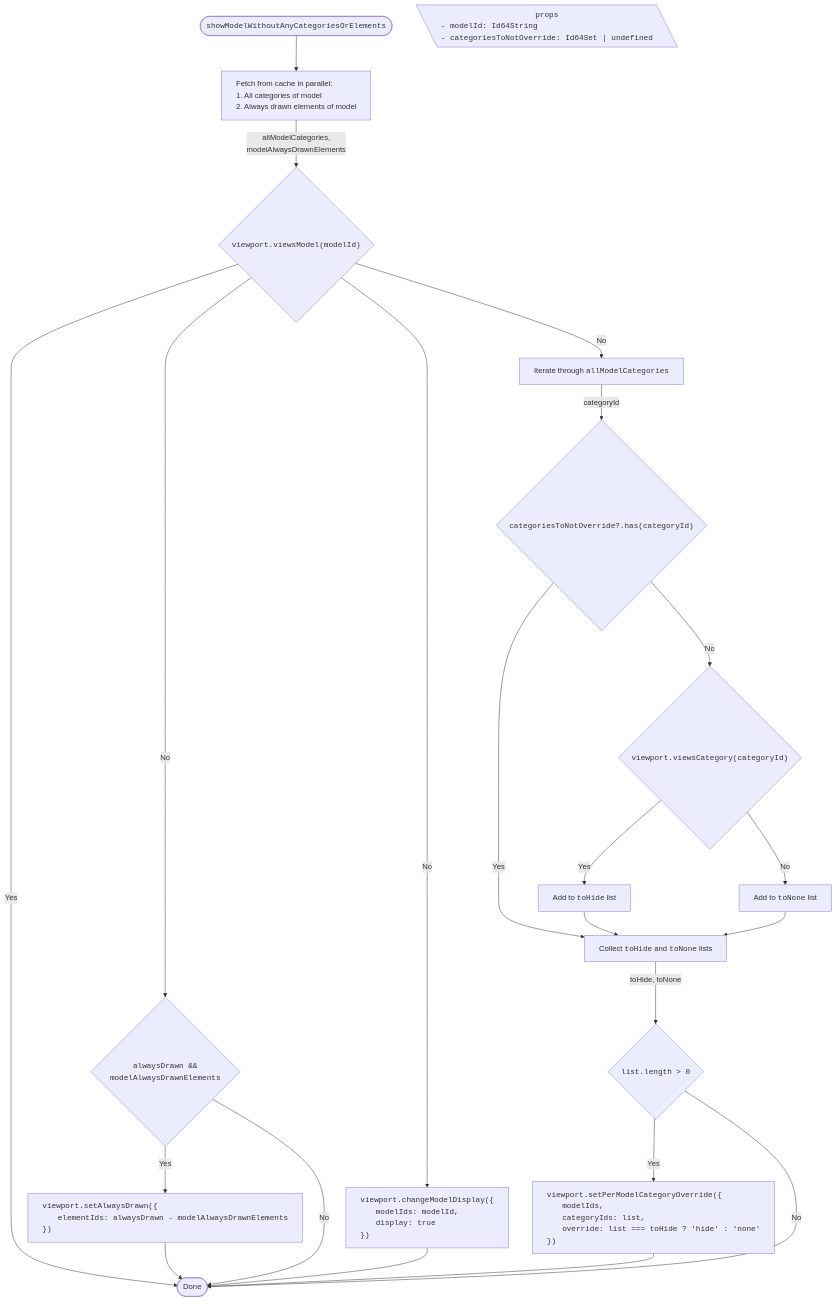
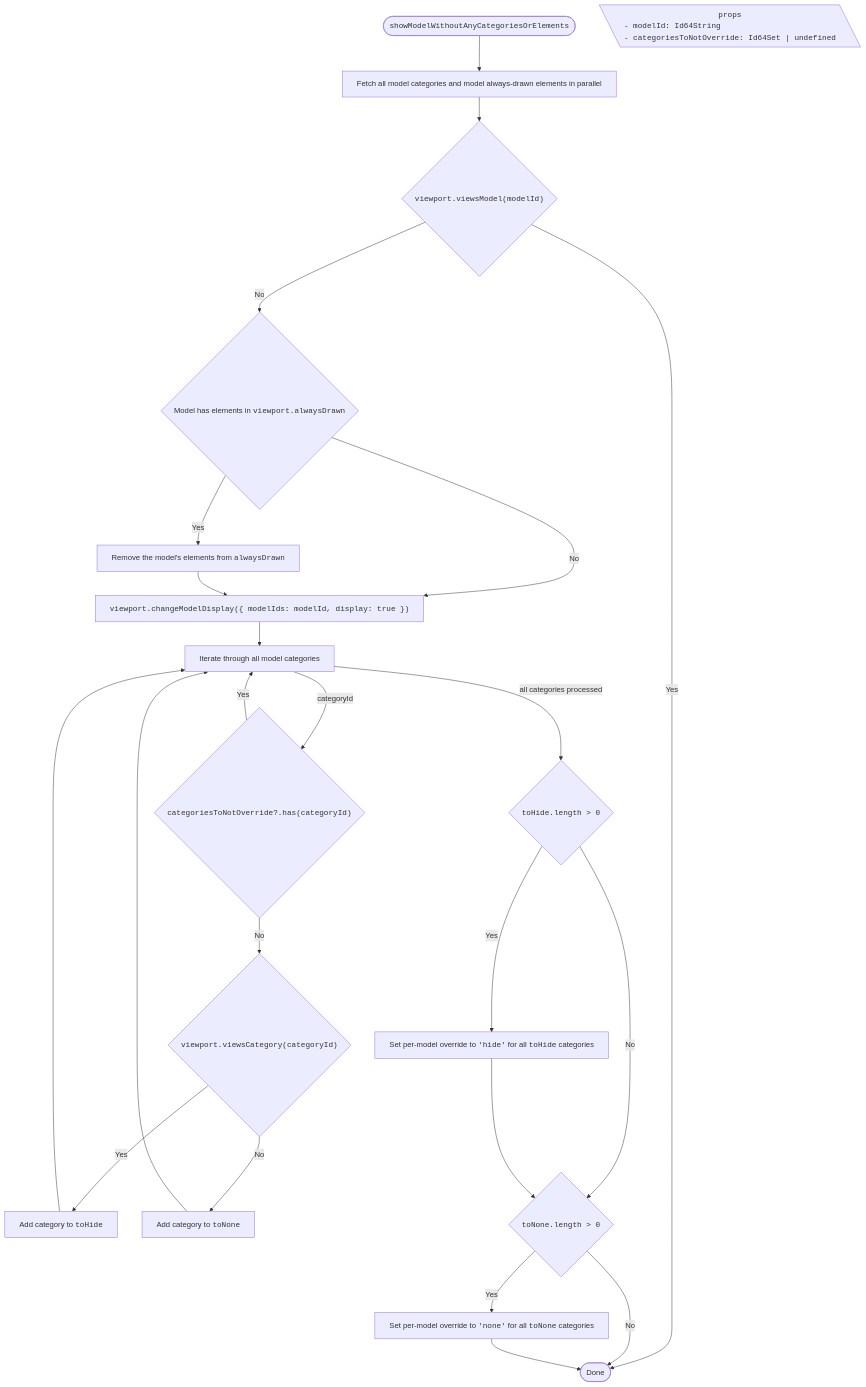
Before and after one commit to iTwin/viewer-components-react: diagram 15 of 17 in packages/itwin/tree-widget/docs/SharedVisibilityHandling.md, drawn with Mermaid. The commit also changed other lines of this file and 4 other files, not shown here.

Commit message:
[Tree widget]: update mermaid diagrams on `next`

````diff
--- a/packages/itwin/tree-widget/docs/SharedVisibilityHandling.md
+++ b/packages/itwin/tree-widget/docs/SharedVisibilityHandling.md
@@ -769,60 +676,41 @@
 ```mermaid
 ---
 config:
   flowchart:
     wrappingWidth: 750
     useMaxWidth: false
 ---
 
 flowchart TD
   RESULT_Done([Done])
 
   %% Start
-  TITLE(["<span style='font-family: monospace; '>showModelWithoutAnyCategoriesOrElements</span>"]) --> A["<div style='text-align: left;'>Fetch from cache in parallel:
-  1. All categories of model
-  2. Always drawn elements of model</div>"]
+  TITLE(["<span style='font-family: monospace;'>showModelWithoutAnyCategoriesOrElements</span>"]) --> A["Fetch all model categories and model always-drawn elements in parallel"]
 
   PROPS[\"
     <span style='font-family: monospace;'>props</span>
-    <span style='display: block; text-align: left; font-family: monospace;'>- modelId: Id64String<br/> - categoriesToNotOverride: Id64Set | undefined</span>
+    <span style='display: block; text-align: left; font-family: monospace;'>- modelId: Id64String<br/>- categoriesToNotOverride: Id64Set | undefined</span>
   "\]
 
-  A -- "allModelCategories,<br/>modelAlwaysDrawnElements" --> B{"<span style='font-family: monospace;'>viewport.viewsModel(modelId)</span>"}
-
-  %% Early return
+  A --> B{"<span style='font-family: monospace;'>viewport.viewsModel(modelId)</span>"}
   B -- Yes --> RESULT_Done
-
-  %% Main flow
-  B -- No --> C{"<span style='font-family: monospace;'>alwaysDrawn &&  <br/> modelAlwaysDrawnElements </span>"}
-  C -- Yes --> C1["<div style='text-align: left; font-family: monospace;'>viewport.setAlwaysDrawn({
-    <span style='padding-left: 2rem;'>elementIds: alwaysDrawn - modelAlwaysDrawnElements</span>
-    })</div>"]
-  C -- No --> RESULT_Done
-  B -- No -->  D["<div style='text-align: left; font-family: monospace;'>viewport.changeModelDisplay({
-    <span style='padding-left: 2rem;'>modelIds: modelId,</span>
-    <span style='padding-left: 2rem;'>display: true</span>
-    })</div>"]
-
-  B -- No --> E["Iterate through <span style='font-family: monospace;'>allModelCategories</span>"]
-  E -- categoryId --> G{"<span style='font-family: monospace;'>categoriesToNotOverride?.has(categoryId)</span>"}
-
-  G -- Yes --> K["Collect <span style='font-family: monospace;'>toHide</span> and <span style='font-family: monospace;'>toNone</span> lists"]
-  G -- No --> H{"<span style='font-family: monospace;'>viewport.viewsCategory(categoryId)</span>"}
-
-  H -- Yes --> I1["Add to <span style='font-family: monospace;'>toHide</span> list"]
-  H -- No --> I2["Add to <span style='font-family: monospace;'>toNone</span> list"]
-
-  I1 --> K
-  I2 --> K
-  K -- toHide, toNone --> J{"<span style='font-family: monospace;'>list.length > 0 </span>"}
-  J -- Yes --> J1["<div style='text-align: left; font-family: monospace;'>viewport.setPerModelCategoryOverride({
-    <span style='padding-left: 2rem;'>modelIds,</span>
-    <span style='padding-left: 2rem;'>categoryIds: list,</span>
-    <span style='padding-left: 2rem;'>override: list === toHide ? 'hide' : 'none'</span>
-    })</div>"]
-  J -- No --> RESULT_Done
-
-  C1 --> RESULT_Done
-  D --> RESULT_Done
-  J1 --> RESULT_Done
+  B -- No --> C{"Model has elements in <span style='font-family: monospace;'>viewport.alwaysDrawn</span>"}
+  C -- Yes --> C1["Remove the model's elements from <span style='font-family: monospace;'>alwaysDrawn</span>"]
+  C -- No --> D
+  C1 --> D["<span style='font-family: monospace;'>viewport.changeModelDisplay({ modelIds: modelId, display: true })</span>"]
+  D --> E["Iterate through all model categories"]
+  E -- categoryId --> F{"<span style='font-family: monospace;'>categoriesToNotOverride?.has(categoryId)</span>"}
+  F -- Yes --> E
+  F -- No --> G{"<span style='font-family: monospace;'>viewport.viewsCategory(categoryId)</span>"}
+  G -- Yes --> G1["Add category to <span style='font-family: monospace;'>toHide</span>"]
+  G -- No --> G2["Add category to <span style='font-family: monospace;'>toNone</span>"]
+  G1 --> E
+  G2 --> E
+  E -- "all categories processed" --> H{"<span style='font-family: monospace;'>toHide.length > 0</span>"}
+  H -- Yes --> H1["Set per-model override to <span style='font-family: monospace;'>'hide'</span> for all <span style='font-family: monospace;'>toHide</span> categories"]
+  H -- No --> I
+  H1 --> I{"<span style='font-family: monospace;'>toNone.length > 0</span>"}
+  I -- Yes --> I1["Set per-model override to <span style='font-family: monospace;'>'none'</span> for all <span style='font-family: monospace;'>toNone</span> categories"]
+  I -- No --> RESULT_Done
+  I1 --> RESULT_Done
 ```
````
